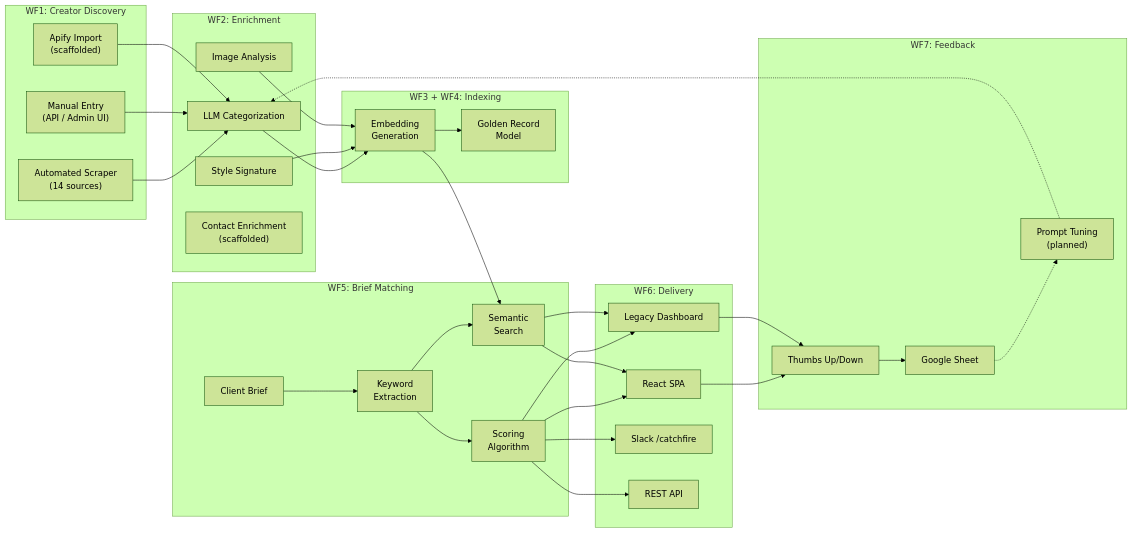
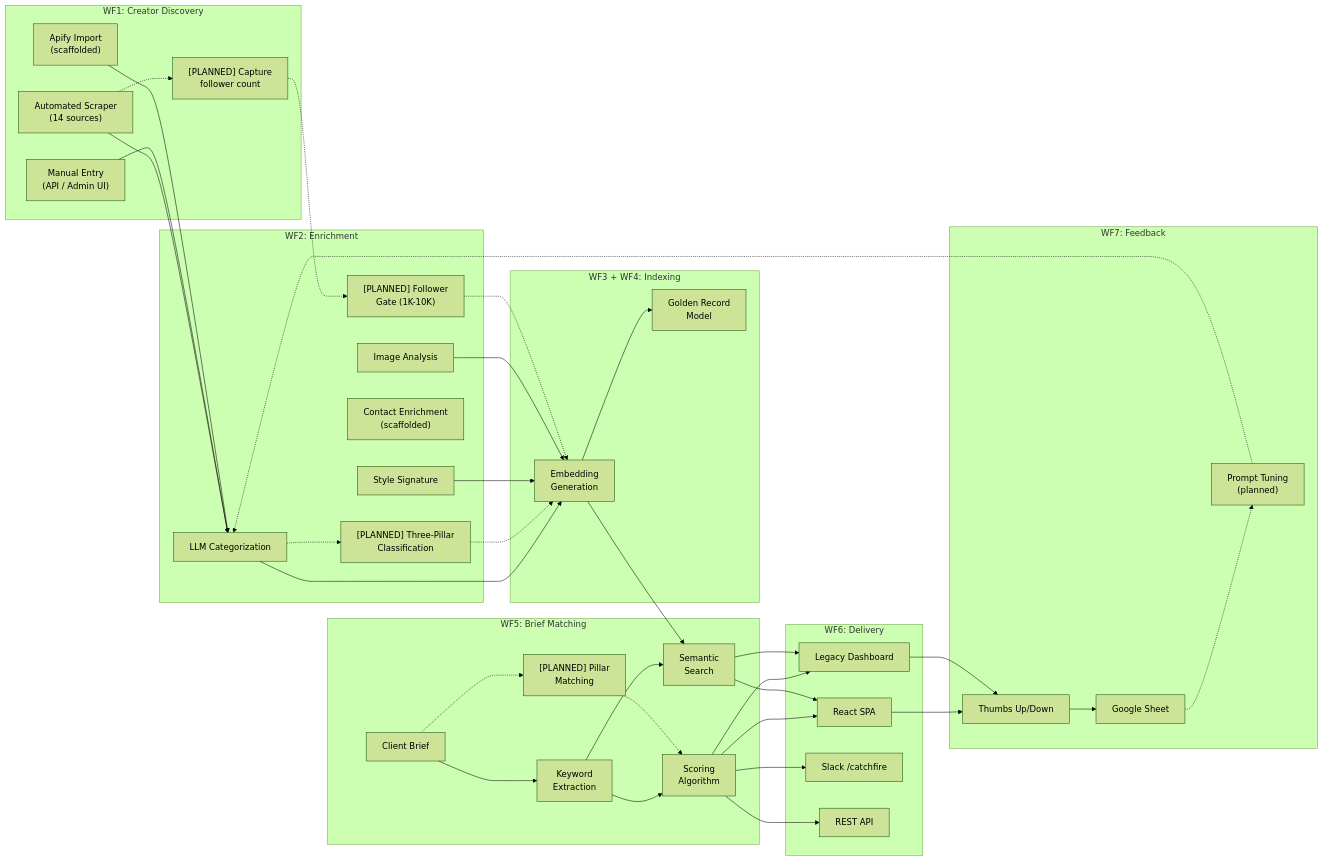
One commit to Absolute-Space-GHCP/cf-creator-database changed the first of 11 diagrams in docs/WORKFLOW.md. Above: the diagram before and after it, drawn with Mermaid (forest theme). The commit also changed other lines of this file and 4 other files, not shown here.

First line of the commit message:
docs: integrate Leo's 3-pillar framework + follower gate into ARCHITECTURE.md and WORKFLOW.md; remove legacy files; add session handoff

````diff
--- a/docs/WORKFLOW.md
+++ b/docs/WORKFLOW.md
@@ -31,67 +55,78 @@
 ```mermaid
 graph LR
     subgraph discovery [WF1: Creator Discovery]
         Scraper["Automated Scraper<br/>(14 sources)"]
         Manual["Manual Entry<br/>(API / Admin UI)"]
         Apify["Apify Import<br/>(scaffolded)"]
+        FollowerCapture["[PLANNED] Capture<br/>follower count"]
     end
 
     subgraph enrichment [WF2: Enrichment]
         Categorize["LLM Categorization"]
+        ThreePillar["[PLANNED] Three-Pillar<br/>Classification"]
         Style["Style Signature"]
         Vision["Image Analysis"]
         Contact["Contact Enrichment<br/>(scaffolded)"]
+        FollowerGate["[PLANNED] Follower<br/>Gate (1K-10K)"]
     end
 
     subgraph indexing [WF3 + WF4: Indexing]
         Embed["Embedding<br/>Generation"]
         GoldenModel["Golden Record<br/>Model"]
     end
 
     subgraph matching [WF5: Brief Matching]
         BriefIn["Client Brief"]
         KeywordExtract["Keyword<br/>Extraction"]
+        PillarMatch["[PLANNED] Pillar<br/>Matching"]
         Score["Scoring<br/>Algorithm"]
         SemanticSearch["Semantic<br/>Search"]
     end
 
     subgraph delivery [WF6: Delivery]
         ReactApp["React SPA"]
         LegacyUI["Legacy Dashboard"]
         SlackCmd["Slack /catchfire"]
         APIResp["REST API"]
     end
 
     subgraph feedback [WF7: Feedback]
         ThumbsUpDown["Thumbs Up/Down"]
         Sheet["Google Sheet"]
         PromptTuning["Prompt Tuning<br/>(planned)"]
     end
 
     Scraper --> Categorize
     Manual --> Categorize
     Apify --> Categorize
+    Scraper -.-> FollowerCapture
+    FollowerCapture -.-> FollowerGate
 
     Categorize --> Embed
+    Categorize -.-> ThreePillar
+    ThreePillar -.-> Embed
     Style --> Embed
     Vision --> Embed
+    FollowerGate -.-> Embed
 
     Embed --> GoldenModel
     Embed --> SemanticSearch
 
     BriefIn --> KeywordExtract
+    BriefIn -.-> PillarMatch
     KeywordExtract --> Score
+    PillarMatch -.-> Score
     KeywordExtract --> SemanticSearch
     Score --> ReactApp
     Score --> LegacyUI
     Score --> SlackCmd
     Score --> APIResp
     SemanticSearch --> ReactApp
     SemanticSearch --> LegacyUI
 
     ReactApp --> ThumbsUpDown
     LegacyUI --> ThumbsUpDown
     ThumbsUpDown --> Sheet
     Sheet -.-> PromptTuning
     PromptTuning -.-> Categorize
 ```
````
